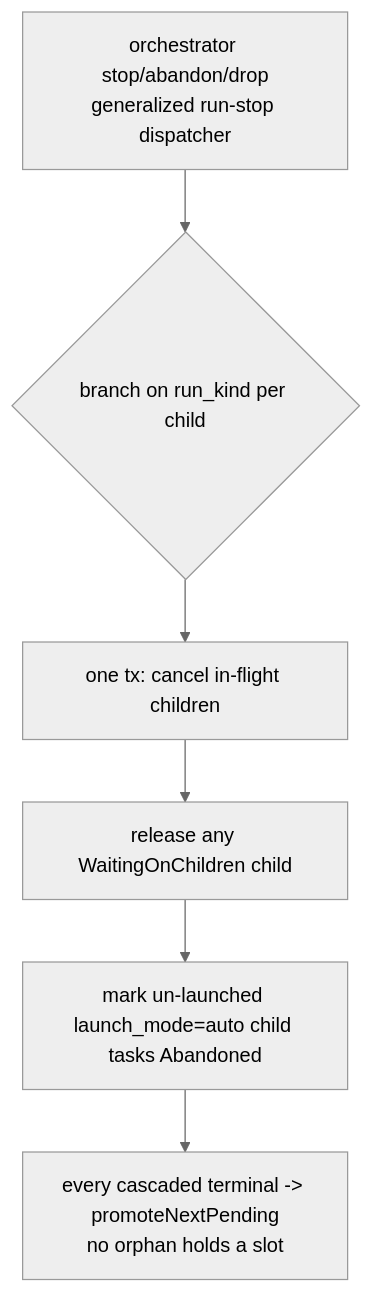
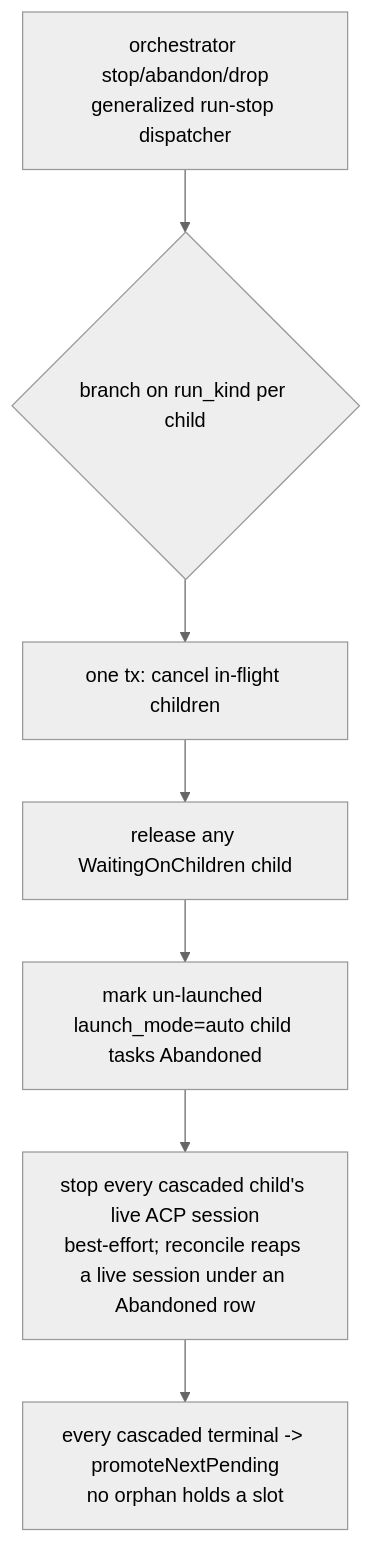
The sixth of 9 diagrams in docs/system-analytics/orchestrator.md (maister-dev/maister), drawn with Mermaid (neutral theme) before and after one commit. The commit also changed other lines of this file and 12 other files, not shown here.

First line of the commit message:
fix(delegation): stop cascaded descendants' sessions and reap orphans under Abandoned rows

````diff
--- a/docs/system-analytics/orchestrator.md
+++ b/docs/system-analytics/orchestrator.md
@@ -251,8 +260,9 @@
 ```mermaid
 flowchart TD
     STOP[orchestrator stop/abandon/drop<br/>generalized run-stop dispatcher] --> BR{branch on run_kind per child}
     BR --> ONE[one tx: cancel in-flight children]
     ONE --> TWO[release any WaitingOnChildren child]
     TWO --> THREE[mark un-launched launch_mode=auto child tasks Abandoned]
-    THREE --> SLOT[every cascaded terminal -> promoteNextPending<br/>no orphan holds a slot]
+    THREE --> SESS[stop every cascaded child's live ACP session<br/>best-effort; reconcile reaps a live session under an Abandoned row]
+    SESS --> SLOT[every cascaded terminal -> promoteNextPending<br/>no orphan holds a slot]
 ```
````
